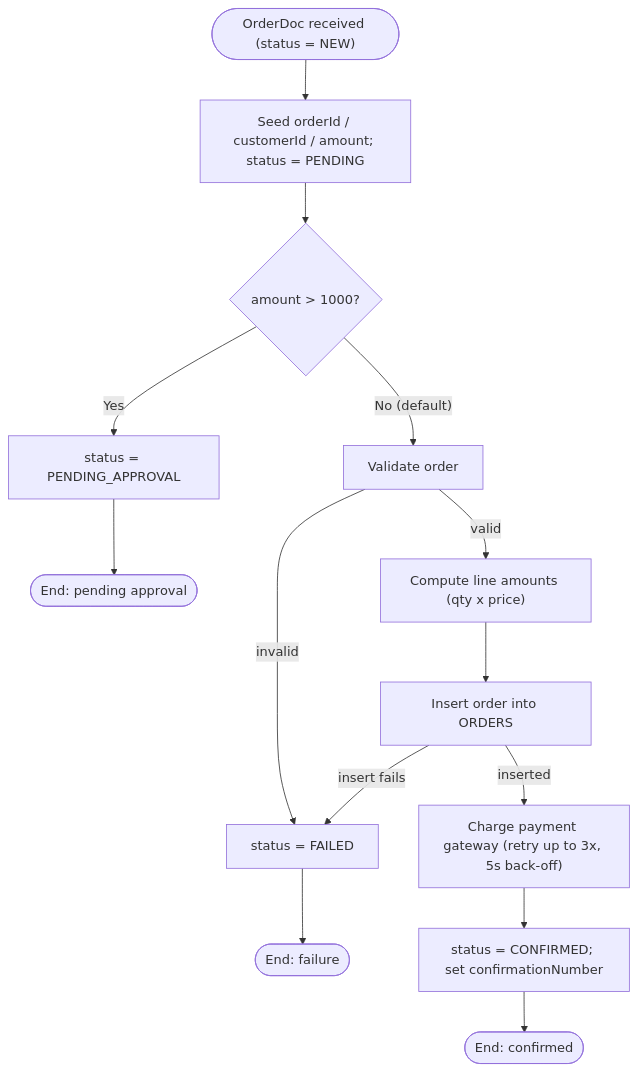
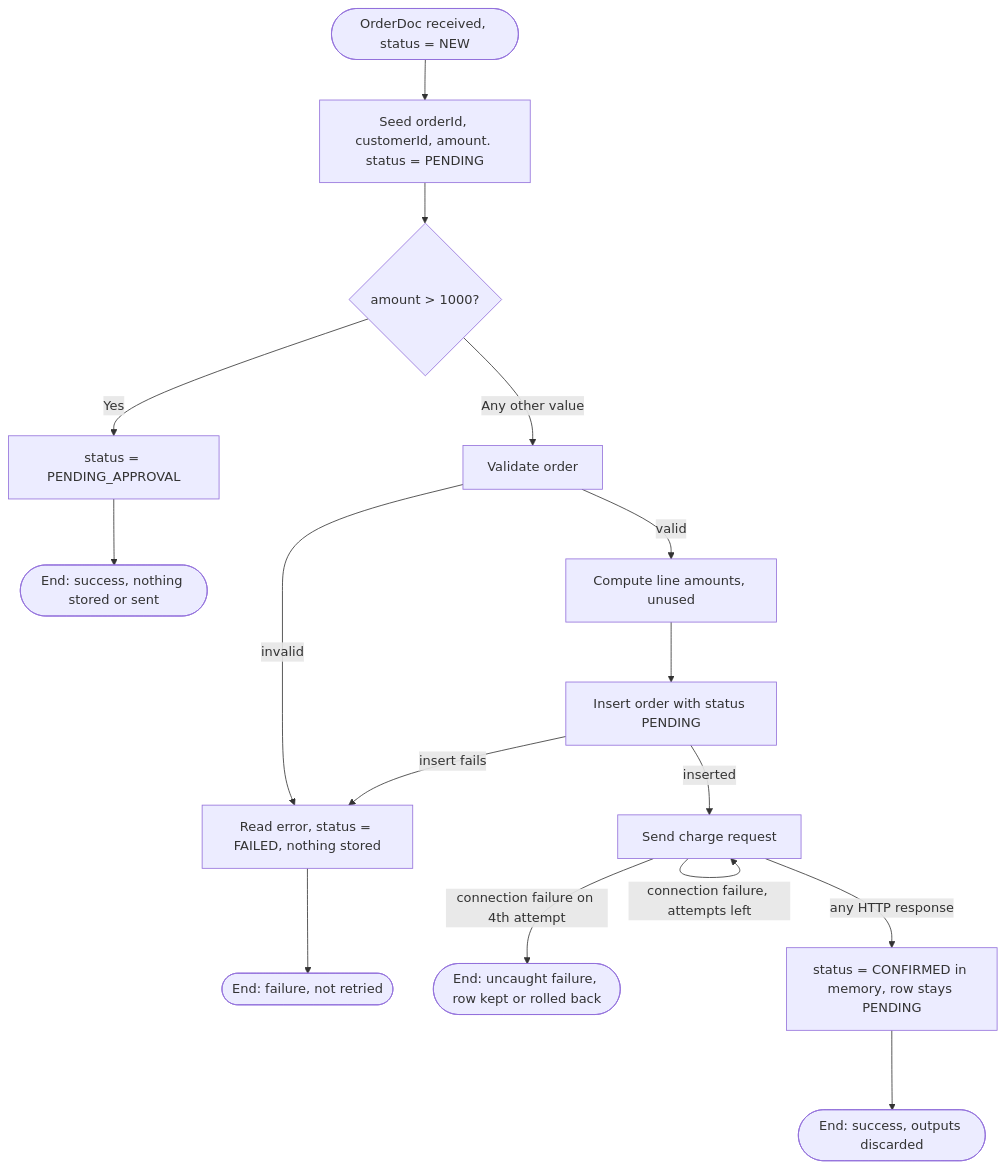
The second of 2 diagrams in _fsd_work/sections/CAP-01.md (sgoskula/webmethodskill), drawn with Mermaid before and after one commit. The commit also changed other lines of this file and 21 other files, not shown here.

````diff
--- a/_fsd_work/sections/CAP-01.md
+++ b/_fsd_work/sections/CAP-01.md
@@ -117,16 +150,18 @@
 ```mermaid
 flowchart TD
-    A(["OrderDoc received (status = NEW)"]) --> B["Seed orderId / customerId / amount; status = PENDING"]
+    A(["OrderDoc received, status = NEW"]) --> B["Seed orderId, customerId, amount. status = PENDING"]
     B --> C{"amount > 1000?"}
     C -->|"Yes"| D["status = PENDING_APPROVAL"]
-    D --> E(["End: pending approval"])
-    C -->|"No (default)"| F["Validate order"]
-    F -->|"invalid"| G["status = FAILED"]
-    G --> H(["End: failure"])
-    F -->|"valid"| I["Compute line amounts (qty x price)"]
-    I --> J["Insert order into ORDERS"]
+    D --> E(["End: success, nothing stored or sent"])
+    C -->|"Any other value"| F["Validate order"]
+    F -->|"invalid"| G["Read error, status = FAILED, nothing stored"]
+    G --> H(["End: failure, not retried"])
+    F -->|"valid"| I["Compute line amounts, unused"]
+    I --> J["Insert order with status PENDING"]
     J -->|"insert fails"| G
-    J -->|"inserted"| K["Charge payment gateway (retry up to 3x, 5s back-off)"]
-    K --> L["status = CONFIRMED; set confirmationNumber"]
-    L --> M(["End: confirmed"])
+    J -->|"inserted"| K["Send charge request"]
+    K -->|"connection failure, attempts left"| K
+    K -->|"connection failure on 4th attempt"| X(["End: uncaught failure, row kept or rolled back"])
+    K -->|"any HTTP response"| L["status = CONFIRMED in memory, row stays PENDING"]
+    L --> M(["End: success, outputs discarded"])
 ```
````
